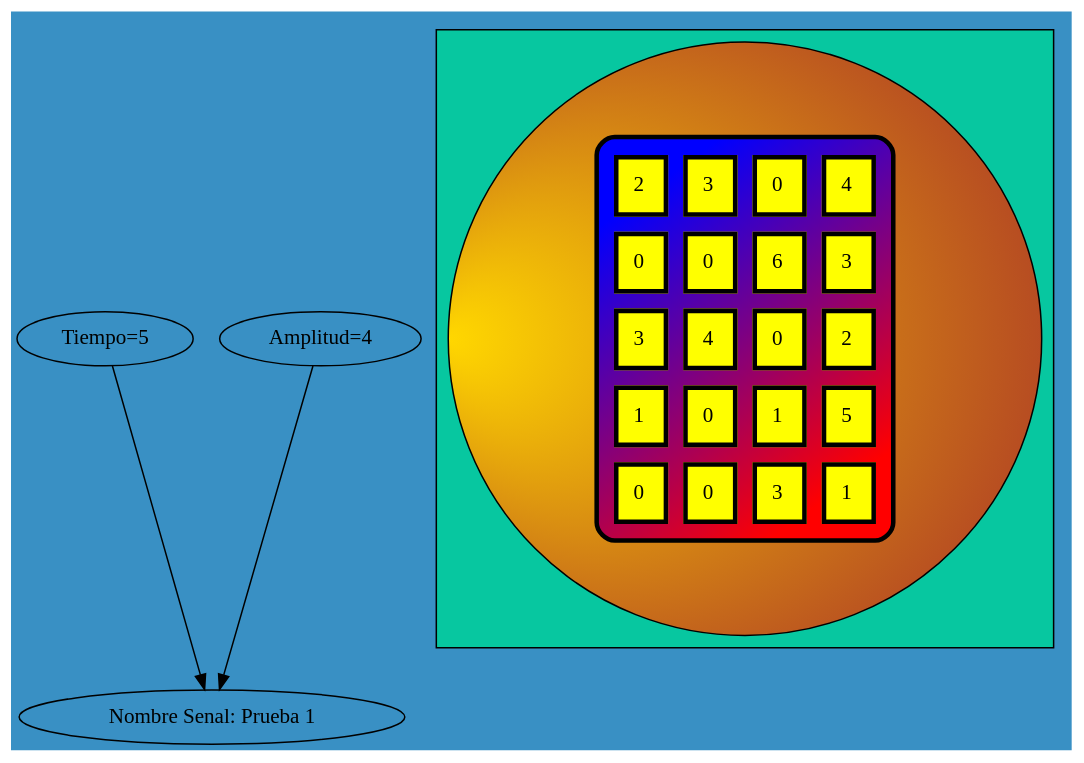
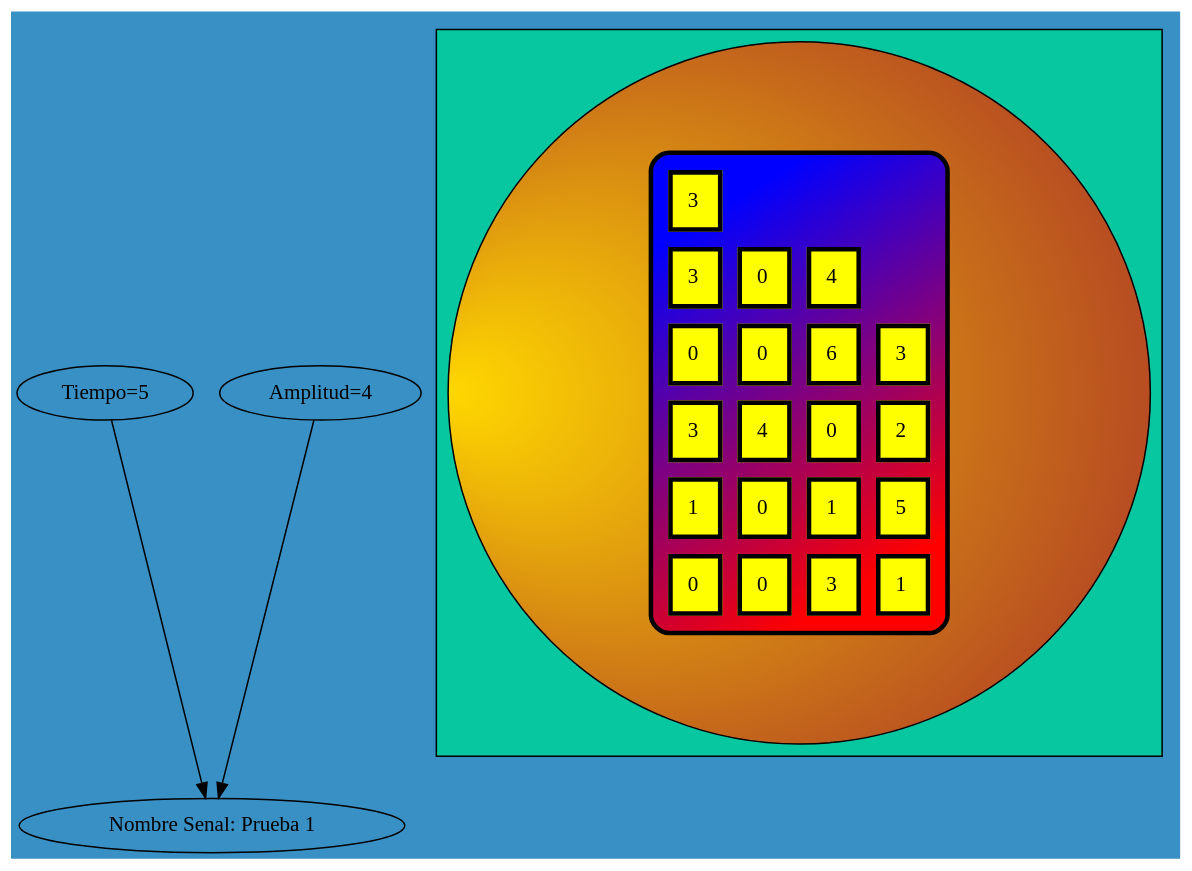
The diagram in bb.dot (riverroman/IPC2-Proyecto-1-202100096), drawn with Graphviz before and after one commit. The commit also changed 11 other files, not shown here.

```diff
--- a/bb.dot
+++ b/bb.dot
@@ -1,34 +1,35 @@
 
 
             digraph G {"Tiempo=5","Amplitud=4"->" Nombre Senal: Prueba 1" bgcolor="#3990C4" style="filled"
             subgraph cluster_1 { fillcolor="#07c7a0" style="filled"
             node [shape=circle fillcolor="gold:brown" style="radial" gradientangle=180]
             a0 [ label=<
             <TABLE border="3" cellspacing="10" cellpadding="10" style="rounded" bgcolor="blue:red" gradientangle="315">
-<TR><TD border="3" bgcolor="yellow" gradientangle="315">2</TD>
-<TD border="3" bgcolor="yellow" gradientangle="315">3</TD>
+<TR><TD border="3" bgcolor="yellow" gradientangle="315">3</TD>
+</TR>
+<TR><TD border="3" bgcolor="yellow" gradientangle="315">3</TD>
 <TD border="3" bgcolor="yellow" gradientangle="315">0</TD>
 <TD border="3" bgcolor="yellow" gradientangle="315">4</TD>
 </TR>
 <TR><TD border="3" bgcolor="yellow" gradientangle="315">0</TD>
 <TD border="3" bgcolor="yellow" gradientangle="315">0</TD>
 <TD border="3" bgcolor="yellow" gradientangle="315">6</TD>
 <TD border="3" bgcolor="yellow" gradientangle="315">3</TD>
 </TR>
 <TR><TD border="3" bgcolor="yellow" gradientangle="315">3</TD>
 <TD border="3" bgcolor="yellow" gradientangle="315">4</TD>
 <TD border="3" bgcolor="yellow" gradientangle="315">0</TD>
 <TD border="3" bgcolor="yellow" gradientangle="315">2</TD>
 </TR>
 <TR><TD border="3" bgcolor="yellow" gradientangle="315">1</TD>
 <TD border="3" bgcolor="yellow" gradientangle="315">0</TD>
 <TD border="3" bgcolor="yellow" gradientangle="315">1</TD>
 <TD border="3" bgcolor="yellow" gradientangle="315">5</TD>
 </TR>
 <TR><TD border="3" bgcolor="yellow" gradientangle="315">0</TD>
 <TD border="3" bgcolor="yellow" gradientangle="315">0</TD>
 <TD border="3" bgcolor="yellow" gradientangle="315">3</TD>
 <TD border="3" bgcolor="yellow" gradientangle="315">1</TD>
  </TR></TABLE>>];
                 }
                 }
```
